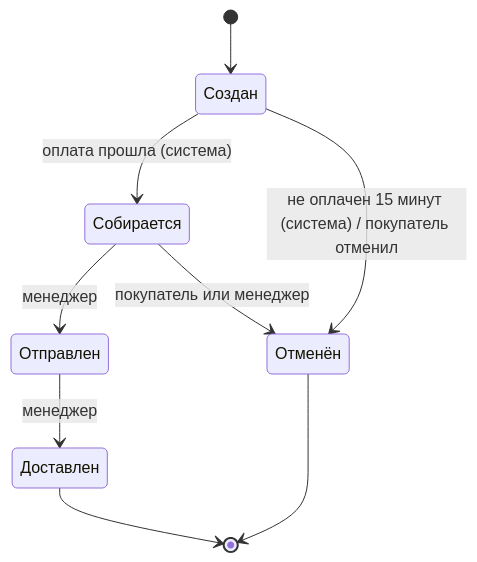
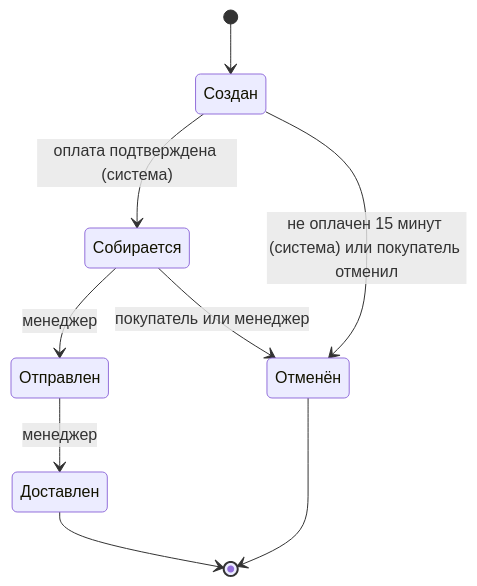
Before and after one commit to neverteen/order-managment-api: the first of 2 diagrams in docs/01-roles-and-permissions.md, drawn with Mermaid. The commit also changed other lines of this file, not shown here.

````diff
--- a/docs/01-roles-and-permissions.md
+++ b/docs/01-roles-and-permissions.md
@@ -4,11 +26,11 @@
 ```mermaid
 stateDiagram-v2
     [*] --> Создан
-    Создан --> Собирается: оплата прошла (система)
-    Создан --> Отменён: не оплачен 15 минут (система) / покупатель отменил
+    Создан --> Собирается: оплата подтверждена (система)
+    Создан --> Отменён: не оплачен 15 минут (система) или покупатель отменил
     Собирается --> Отправлен: менеджер
     Собирается --> Отменён: покупатель или менеджер
     Отправлен --> Доставлен: менеджер
     Доставлен --> [*]
     Отменён --> [*]
 ```
````
